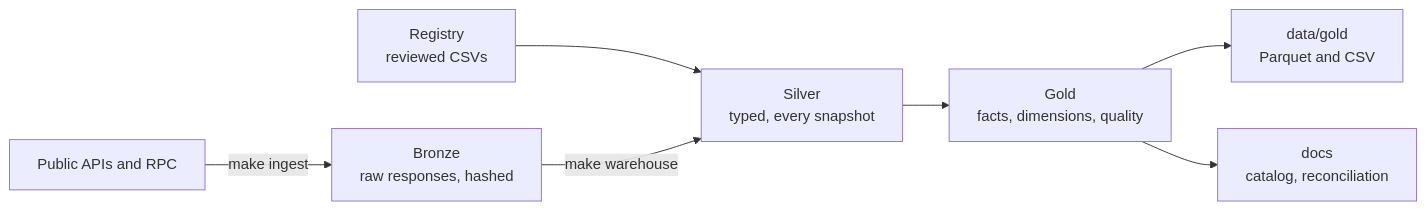
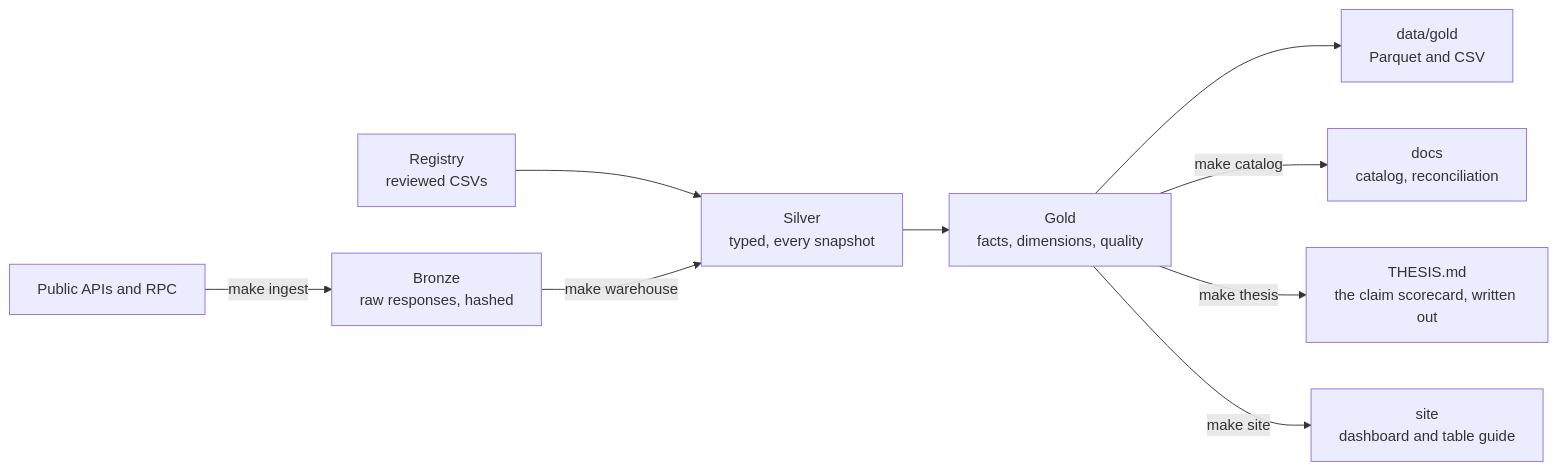
The diagram in docs/ARCHITECTURE.md (mojtb/near-hub), drawn with Mermaid before and after one commit. The commit also changed other lines of this file and 24 other files, not shown here.

````diff
--- a/docs/ARCHITECTURE.md
+++ b/docs/ARCHITECTURE.md
@@ -3,9 +3,11 @@
 ```mermaid
 flowchart LR
     A[Public APIs and RPC] -->|make ingest| B[Bronze<br/>raw responses, hashed]
     R[Registry<br/>reviewed CSVs] --> C
     B -->|make warehouse| C[Silver<br/>typed, every snapshot]
     C --> D[Gold<br/>facts, dimensions, quality]
     D --> E[data/gold<br/>Parquet and CSV]
-    D --> F[docs<br/>catalog, reconciliation]
+    D -->|make catalog| F[docs<br/>catalog, reconciliation]
+    D -->|make thesis| T[THESIS.md<br/>the claim scorecard, written out]
+    D -->|make site| S[site<br/>dashboard and table guide]
 ```
````
